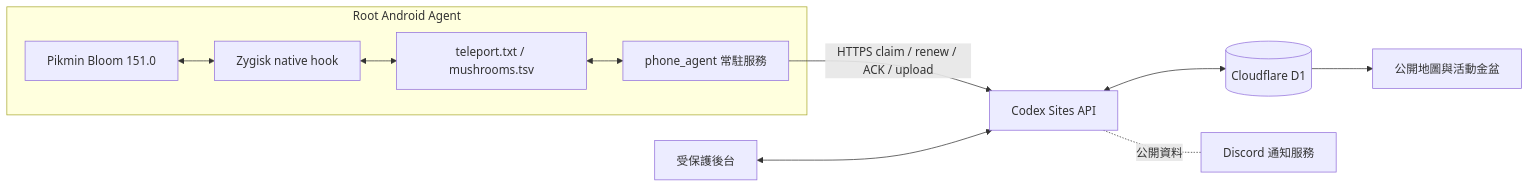
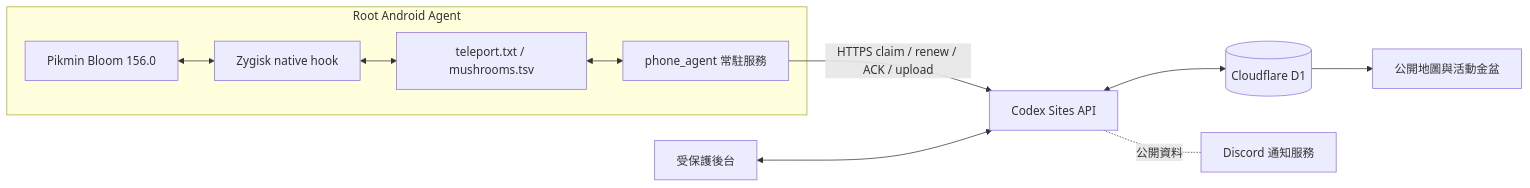
The diagram in README.md (odyliao-lab/pikmin-mush), drawn with Mermaid before and after one commit. The commit also changed other lines of this file and 2 other files, not shown here.

Commit message:
docs: record four-phone game156 live acceptance and safe packaging

````diff
--- a/README.md
+++ b/README.md
@@ -63,13 +63,13 @@
 ```mermaid
 flowchart LR
   subgraph Android[Root Android Agent]
-    Game[Pikmin Bloom 151.0] <--> Hook[Zygisk native hook]
+    Game[Pikmin Bloom 156.0] <--> Hook[Zygisk native hook]
     Hook <--> Files[teleport.txt / mushrooms.tsv]
     Files <--> Agent[phone_agent 常駐服務]
   end
   Agent -->|HTTPS claim / renew / ACK / upload| API[Codex Sites API]
   API <--> D1[(Cloudflare D1)]
   D1 --> Public[公開地圖與活動金盆]
   Admin[受保護後台] <--> API
   API -.公開資料.- Discord[Discord 通知服務]
 ```
````
